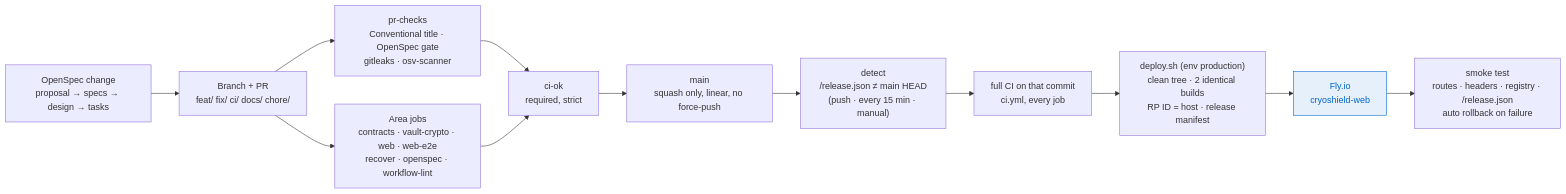
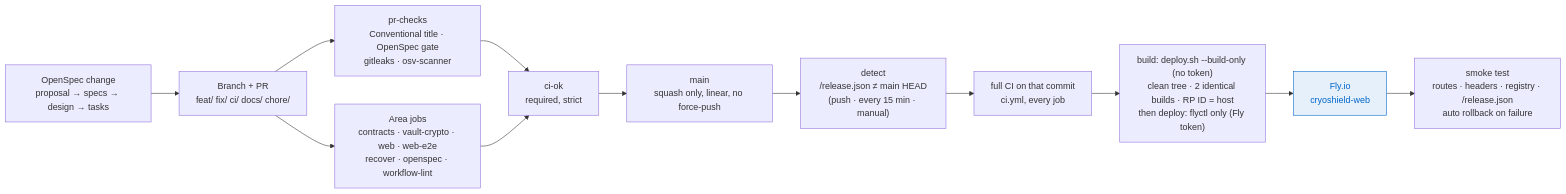
One commit to prix0007/cryoshield changed the fifth of 5 diagrams in docs/system-design.md. Above: the diagram before and after it, drawn with Mermaid. The commit also changed other lines of this file and 13 other files, not shown here.

First line of the commit message:
fix(deploy): keep the Fly token away from build code; close review findings

````diff
--- a/docs/system-design.md
+++ b/docs/system-design.md
@@ -144,22 +144,22 @@
 ```mermaid
 flowchart LR
   spec["OpenSpec change<br/>proposal → specs → design → tasks"]
   pr["Branch + PR<br/>feat/ fix/ ci/ docs/ chore/"]
   checks["pr-checks<br/>Conventional title · OpenSpec gate<br/>gitleaks · osv-scanner"]
   jobs["Area jobs<br/>contracts · vault-crypto · web · web-e2e<br/>recover · openspec · workflow-lint"]
   ok["ci-ok<br/>required, strict"]
   main["main<br/>squash only, linear, no force-push"]
   detect["detect<br/>/release.json ≠ main HEAD<br/>(push · every 15 min · manual)"]
   full["full CI on that commit<br/>ci.yml, every job"]
-  deploy["deploy.sh (env production)<br/>clean tree · 2 identical builds<br/>RP ID = host · release manifest"]
+  deploy["build: deploy.sh --build-only (no token)<br/>clean tree · 2 identical builds · RP ID = host<br/>then deploy: flyctl only (Fly token)"]
   fly["Fly.io<br/>cryoshield-web"]
   smoke["smoke test<br/>routes · headers · registry · /release.json<br/>auto rollback on failure"]
 
   spec --> pr
   pr --> checks --> ok
   pr --> jobs --> ok
   ok --> main --> detect --> full --> deploy --> fly --> smoke
 
   classDef ours fill:#e6f0fa,stroke:#0066cc,color:#0066cc;
   class fly ours;
 ```
````
